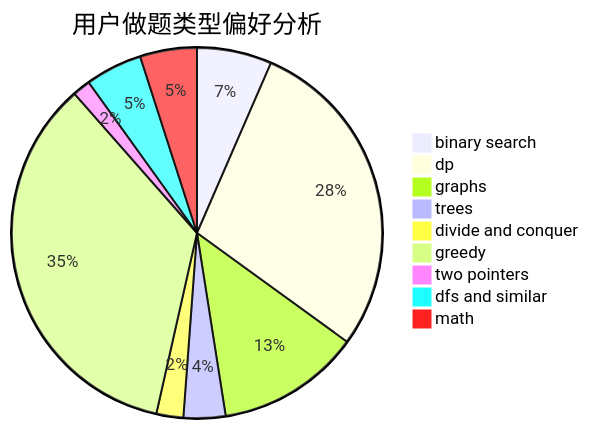
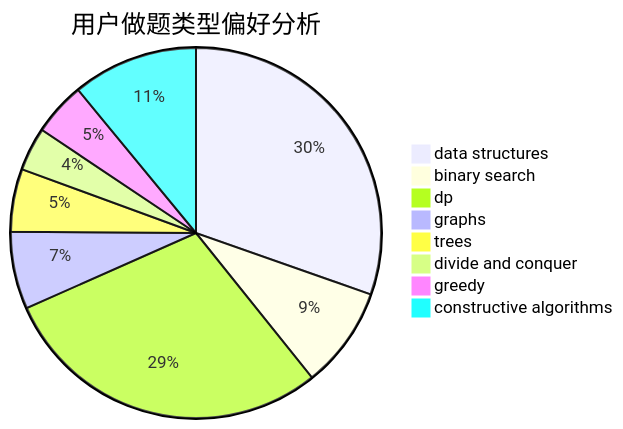
The second of 3 diagrams in docs/user/u842.md (sherpahu/cfrs.github.io), drawn with Mermaid before and after one commit. The commit also changed other lines of this file and 2775 other files, not shown here.

````diff
--- a/docs/user/u842.md
+++ b/docs/user/u842.md
@@ -23,12 +23,11 @@
 ```mermaid
 pie title 用户做题类型偏好分析
-    "binary search" :  25
-    "dp" :  109
-    "graphs" :  48
-    "trees" :  14
+    "data structures" :  72
+    "binary search" :  21
+    "dp" :  69
+    "graphs" :  16
+    "trees" :  13
     "divide and conquer" :  9
-    "greedy" :  134
-    "two pointers" :  6
-    "dfs and similar" :  19
-    "math" :  19
+    "greedy" :  11
+    "constructive algorithms" :  26
 ```
````
